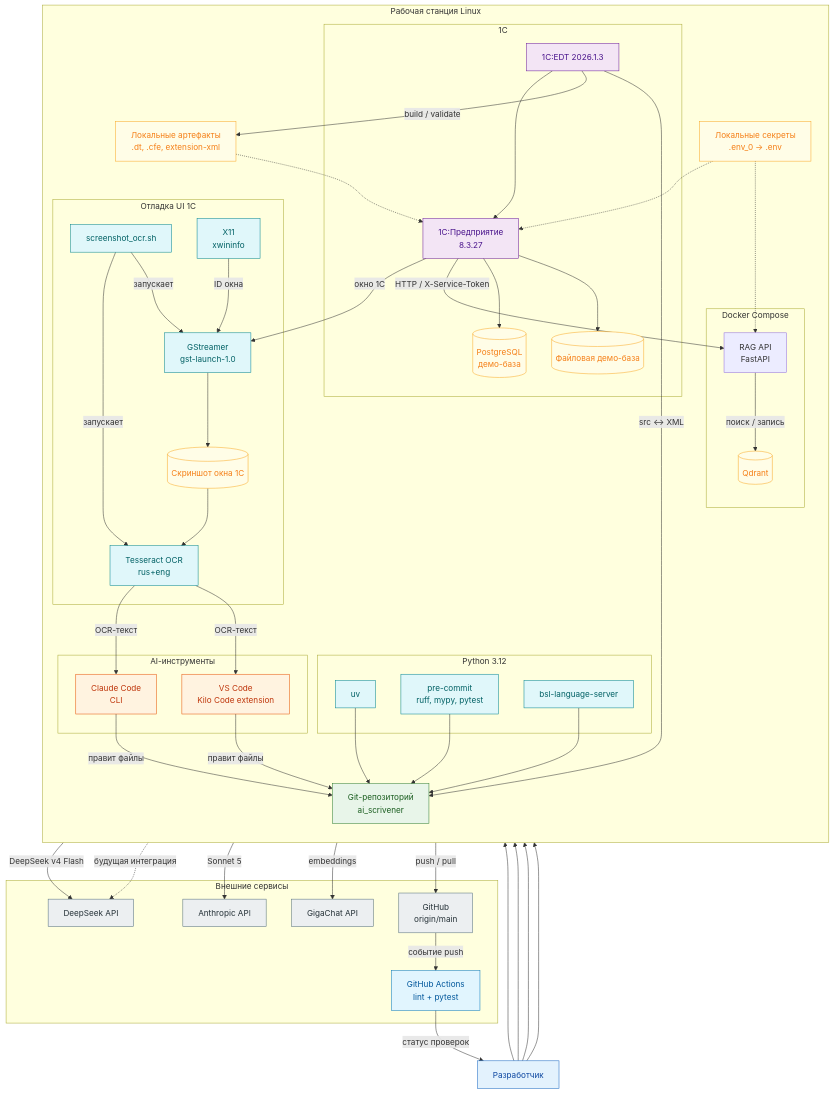
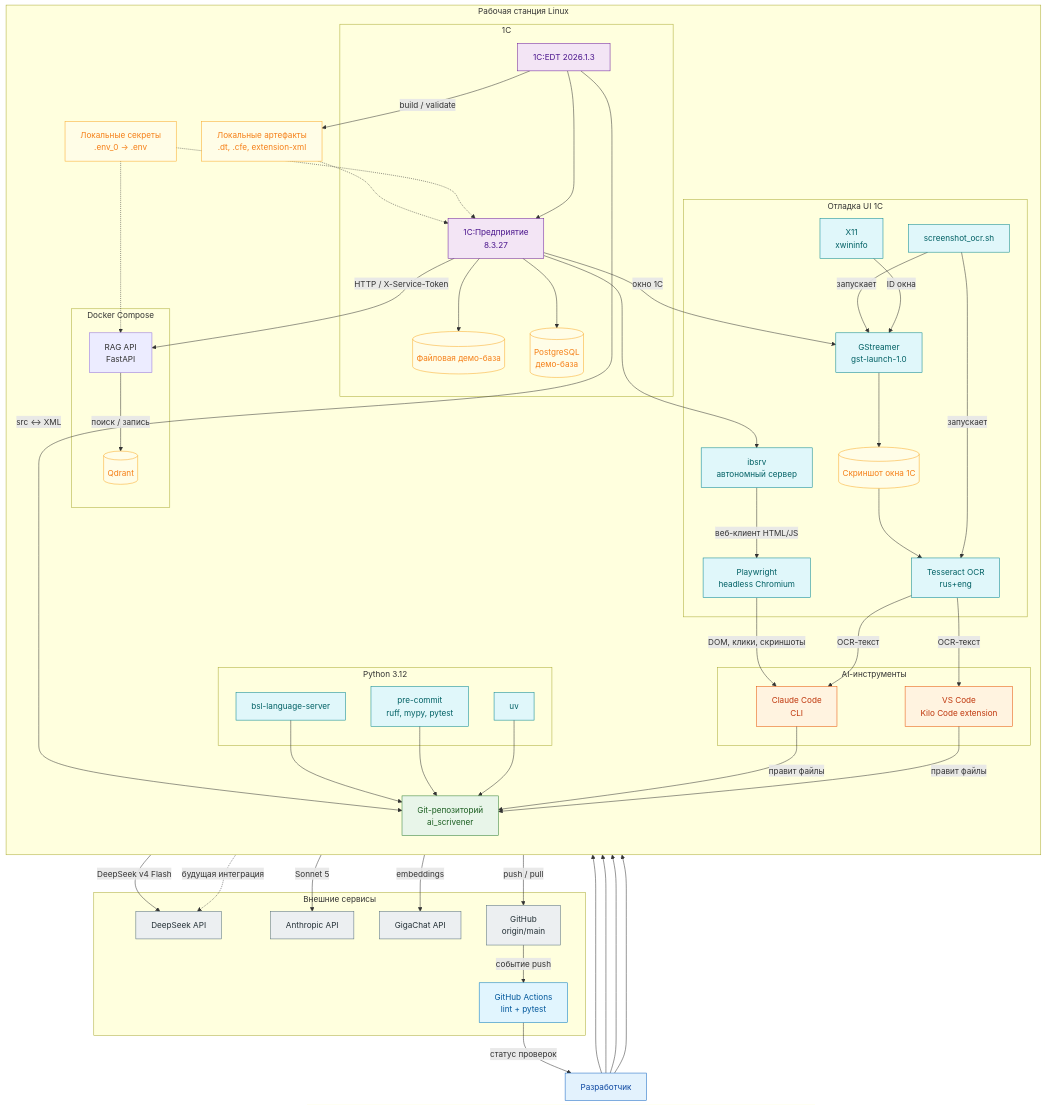
Before and after one commit to igorvolk1961/ai_scrivener: the diagram in guides/dev-environment.md, drawn with Mermaid. The commit also changed other lines of this file and 5 other files, not shown here.

```diff
--- a/guides/dev-environment.md
+++ b/guides/dev-environment.md
@@ -34,6 +34,8 @@
       XWIN["X11<br/>xwininfo"]
       TESS["Tesseract OCR<br/>rus+eng"]
       SCREEN[("Скриншот окна 1С")]
+      IBSRV["ibsrv<br/>автономный сервер"]
+      PWR["Playwright<br/>headless Chromium"]
     end
     ENV["Локальные секреты<br/>.env_0 → .env"]
     ART["Локальные артефакты<br/>.dt, .cfe, extension-xml"]
@@ -77,6 +79,9 @@
   SCREEN --> TESS
   TESS -->|"OCR-текст"| KILO
   TESS -->|"OCR-текст"| CLAUDE
+  PLATFORM --> IBSRV
+  IBSRV -->|"веб-клиент HTML/JS"| PWR
+  PWR -->|"DOM, клики, скриншоты"| CLAUDE
   PLATFORM -.->|"будущая интеграция"| DS
   ENV -.-> RAG
   ENV -.-> PLATFORM
@@ -93,7 +98,7 @@
   class DEV human
   class KILO,CLAUDE agent
   class REPO repo
-  class UV,CHECKS,BSL,OCR,GST,XWIN,TESS tool
+  class UV,CHECKS,BSL,OCR,GST,XWIN,TESS,IBSRV,PWR tool
   class EDT,PLATFORM onec
   class FILEBASE,PGBASE,QD,ART,ENV,SCREEN storage
   class DS,ANT,GC,GH external
```
